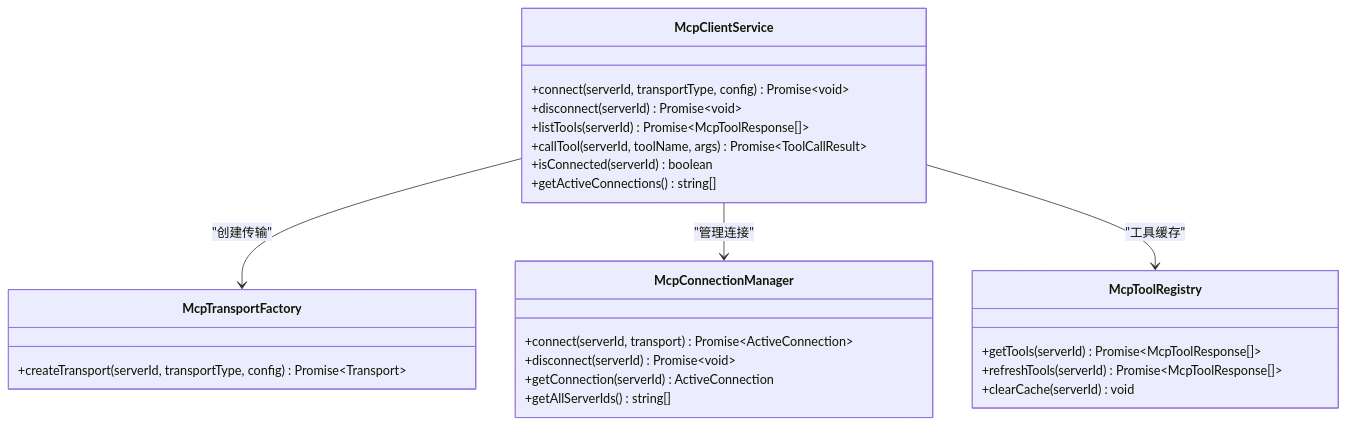
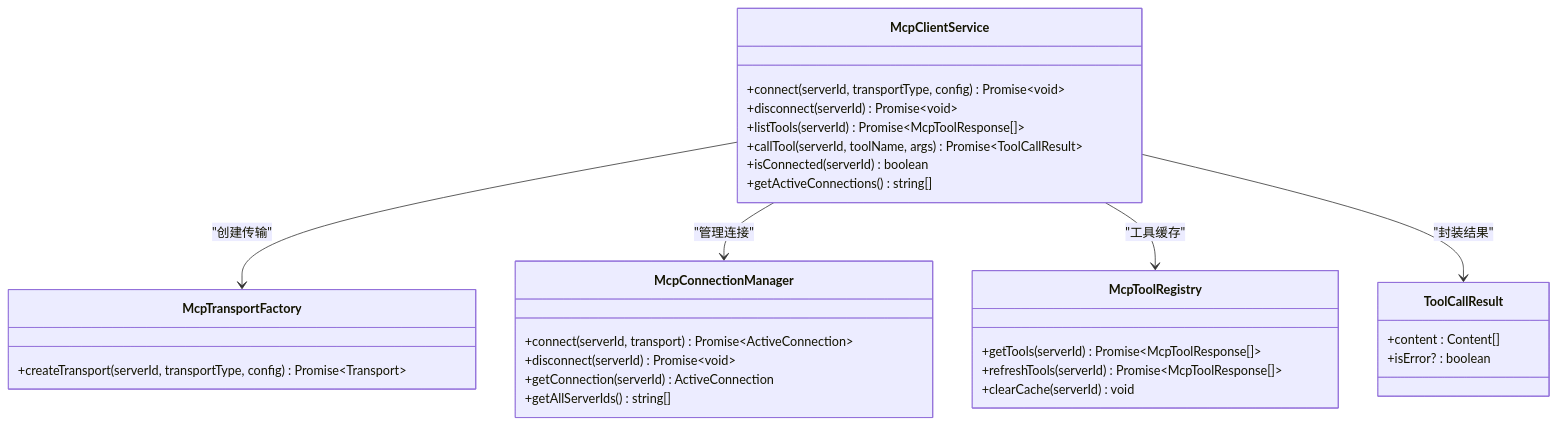
One commit to xixixiaoyu/Todo changed the third of 16 diagrams in .qoder/repowiki/zh/content/核心模块/MCP工具系统/MCP客户端集成.md. Above: the diagram before and after it, drawn with Mermaid. The commit also changed other lines of this file and 3 other files, not shown here.

````diff
--- a/.qoder/repowiki/zh/content/核心模块/MCP工具系统/MCP客户端集成.md
+++ b/.qoder/repowiki/zh/content/核心模块/MCP工具系统/MCP客户端集成.md
@@ -228,28 +234,33 @@
 ```mermaid
 classDiagram
 class McpClientService {
 +connect(serverId, transportType, config) Promise~void~
 +disconnect(serverId) Promise~void~
 +listTools(serverId) Promise~McpToolResponse[]~
 +callTool(serverId, toolName, args) Promise~ToolCallResult~
 +isConnected(serverId) boolean
 +getActiveConnections() string[]
 }
 class McpTransportFactory {
 +createTransport(serverId, transportType, config) Promise~Transport~
 }
 class McpConnectionManager {
 +connect(serverId, transport) Promise~ActiveConnection~
 +disconnect(serverId) Promise~void~
 +getConnection(serverId) ActiveConnection
 +getAllServerIds() string[]
 }
 class McpToolRegistry {
 +getTools(serverId) Promise~McpToolResponse[]~
 +refreshTools(serverId) Promise~McpToolResponse[]~
 +clearCache(serverId) void
 }
+class ToolCallResult {
++content : Content[]
++isError? : boolean
+}
 McpClientService --> McpTransportFactory : "创建传输"
 McpClientService --> McpConnectionManager : "管理连接"
 McpClientService --> McpToolRegistry : "工具缓存"
+McpClientService --> ToolCallResult : "封装结果"
 ```
````
